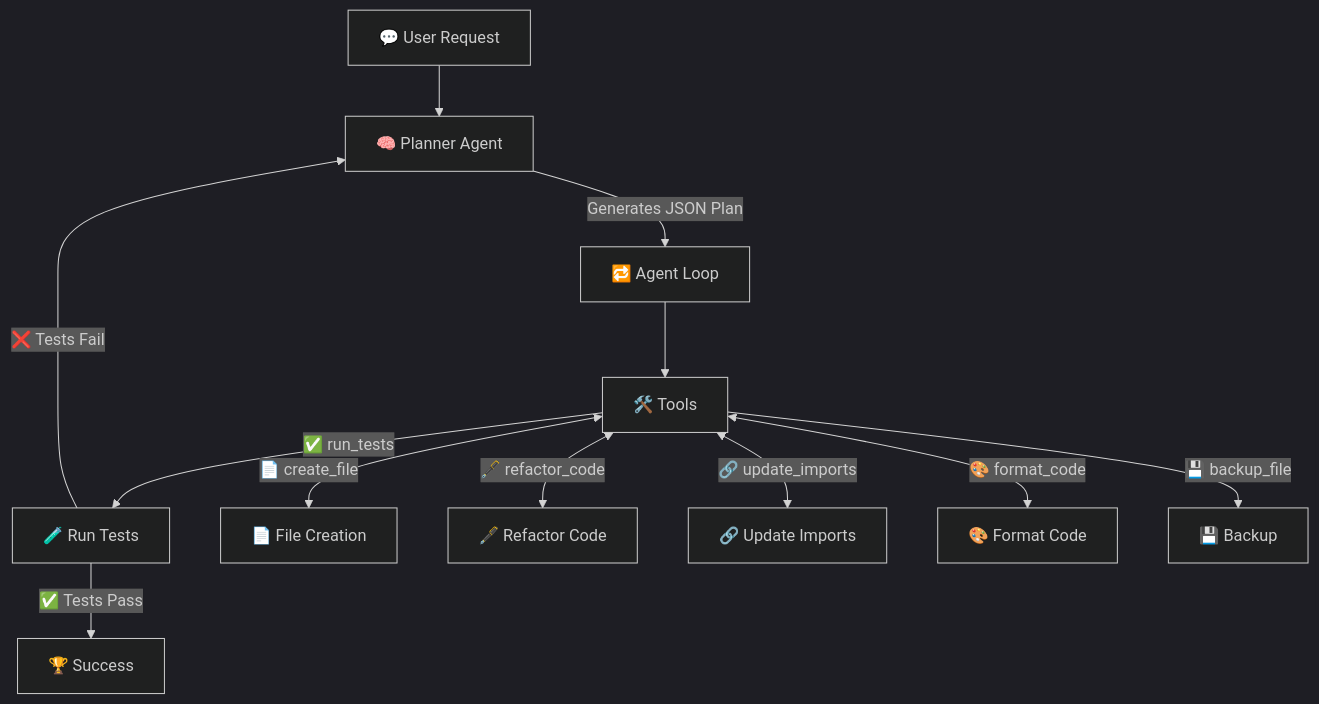
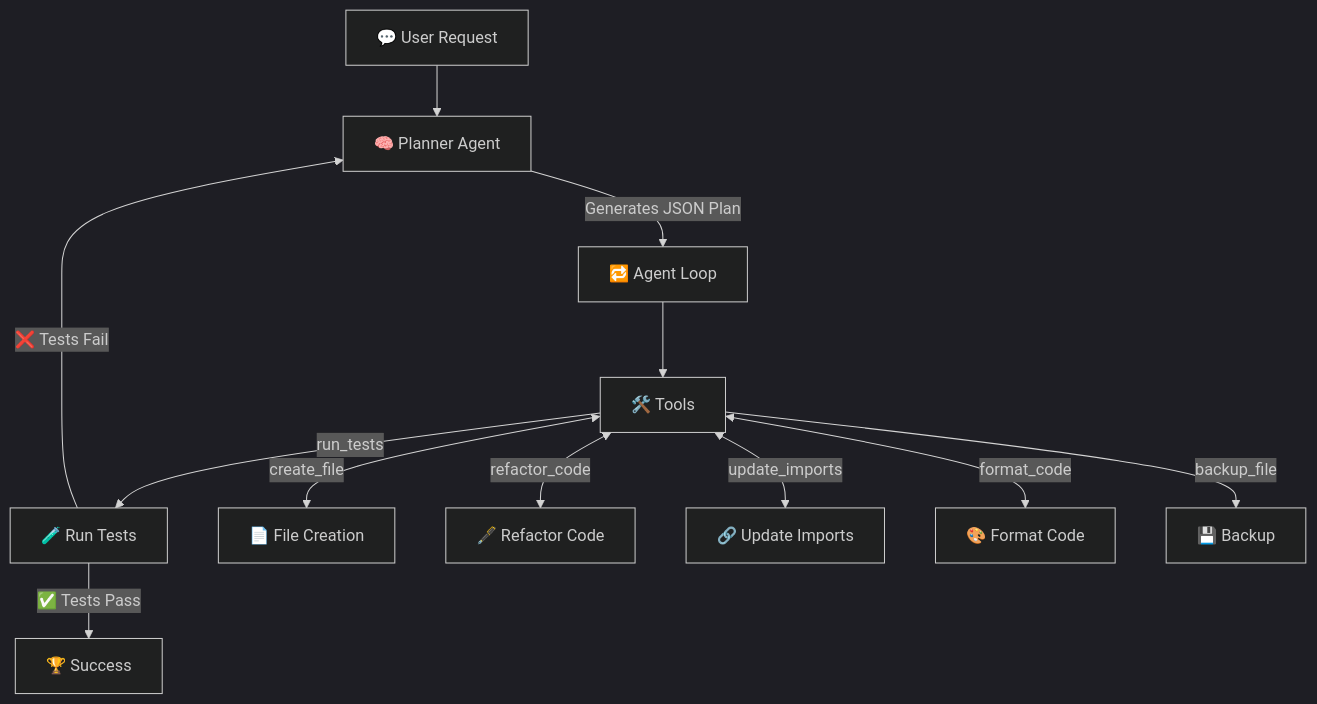
The diagram in README.md (Perpetue237/agentsculptor), drawn with Mermaid (dark theme) before and after one commit.

````diff
--- a/README.md
+++ b/README.md
@@ -301,16 +301,16 @@
 ``` mermaid
 flowchart TD
     A[💬 User Request] --> B[🧠 Planner Agent]
     B -->|Generates JSON Plan| C[🔁 Agent Loop]
     C --> D[🛠️ Tools]
 
-    D -->|✅ run_tests| D1[🧪 Run Tests]
-    D <-->|📄 create_file| D2[📄 File Creation]
-    D <-->|🖋️ refactor_code| D3[🖋️ Refactor Code]
-    D <-->|🔗 update_imports| D4[🔗 Update Imports]
-    D <-->|🎨 format_code| D5[🎨 Format Code]
-    D -->|💾 backup_file| D6[💾 Backup]
+    D -->|run_tests| D1[🧪 Run Tests]
+    D <-->|create_file| D2[📄 File Creation]
+    D <-->|refactor_code| D3[🖋️ Refactor Code]
+    D <-->|update_imports| D4[🔗 Update Imports]
+    D <-->|format_code| D5[🎨 Format Code]
+    D -->|backup_file| D6[💾 Backup]
 
     D1 -->|❌ Tests Fail| B
     D1 -->|✅ Tests Pass| E[🏆 Success]
 ```
````
